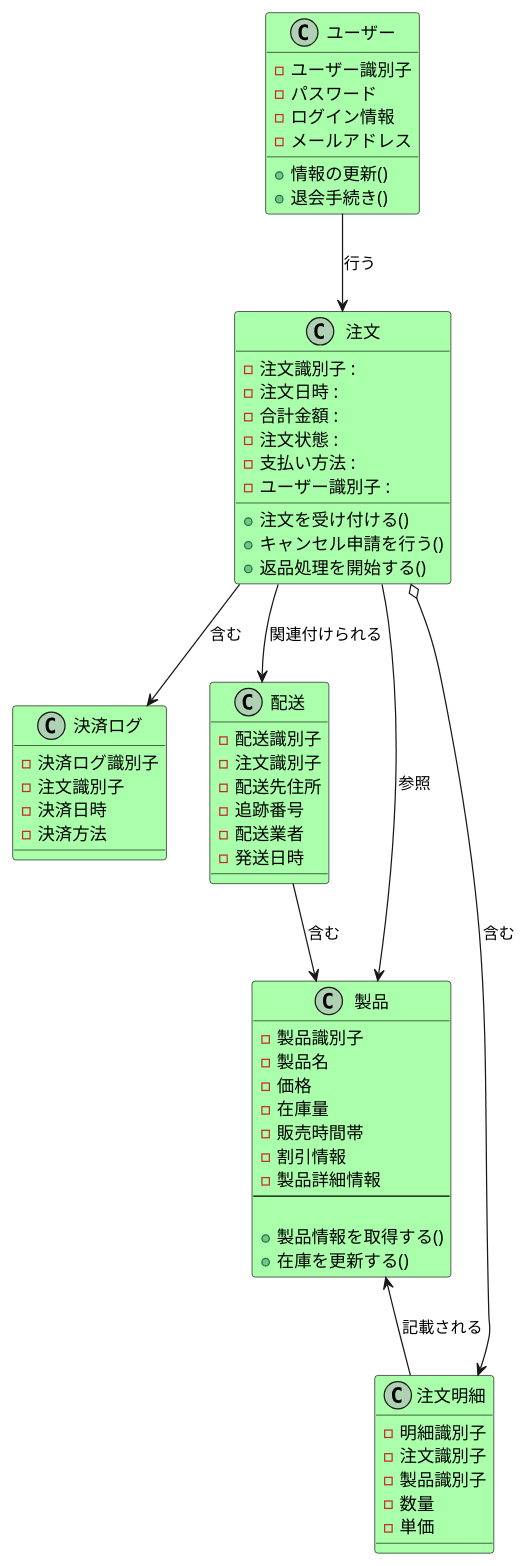
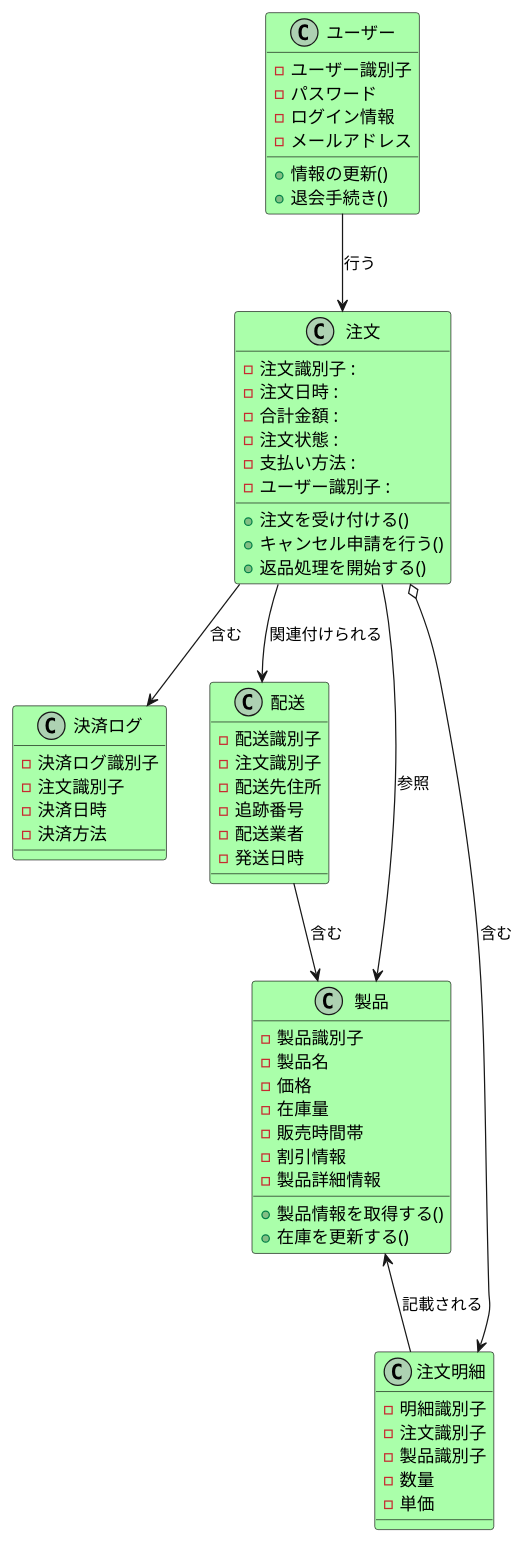
One commit to mameiku/group3-4 changed the diagram in kurasu.pu. Above: the diagram before and after it, drawn with PlantUML.

Commit message:
変更2

```diff
--- a/kurasu.pu
+++ b/kurasu.pu
@@ -1,97 +1,95 @@
 @startuml .
 ' 日本語フォント設定
 skinparam defaultFontName "IPAexゴシック"
 
 ' スタイル設定
 skinparam class {
   BackgroundColor #AAFFAA
   BorderColor black
 }
 
 ' 関連線のカスタマイズ (多重度を非表示に)
 skinparam classAttributeIconStyle none 
 
 ' クラス定義
 class 注文 {
   - 注文識別子 :
   - 注文日時 :
   - 合計金額 :
   - 注文状態 :
   - 支払い方法 :
   - ユーザー識別子 :
   + 注文を受け付ける()
   + キャンセル申請を行う()
   + 返品処理を開始する()
 }
 
 class 決済ログ {
   - 決済ログ識別子 
   - 注文識別子 
   - 決済日時
   - 決済方法
 }
 
 class ユーザー {
   - ユーザー識別子 
   - パスワード
   - ログイン情報
   - メールアドレス
   + 情報の更新()
   + 退会手続き()
 }
 
 class 配送 {
   - 配送識別子 
   - 注文識別子 
   - 配送先住所
   - 追跡番号
   - 配送業者
   - 発送日時
 }
 
 class 製品 {
   - 製品識別子 
   - 製品名
   - 価格
   - 在庫量
   - 販売時間帯
   - 割引情報
-  - 製品詳細情報
-  --
-  
+  - 製品詳細情報  
   + 製品情報を取得する()
   + 在庫を更新する()
 }
 
 class 注文明細 {
   - 明細識別子 
   - 注文識別子 
   - 製品識別子 
   - 数量
   - 単価
 }
 
 ' --- 関連付け (矢印のみ、多重度なし) ---
 
 ' 注文と決済ログ
 注文 --> 決済ログ : 含む
 
 ' ユーザーと注文
 ユーザー --> 注文 : 行う
 
 ' 注文と配送
 注文 --> 配送 : 関連付けられる
 
 ' 注文と注文明細 (注文が明細を含む)
 注文 o--> 注文明細 : 含む
 
 ' 製品と注文明細 (明細が製品を参照)
 製品 <-- 注文明細 : 記載される
 
 ' 配送と製品 (配送対象)
 配送 --> 製品 : 含む
 
 ' 注文と製品 (間接参照)
 注文 --> 製品 : 参照
 
 @enduml
```
